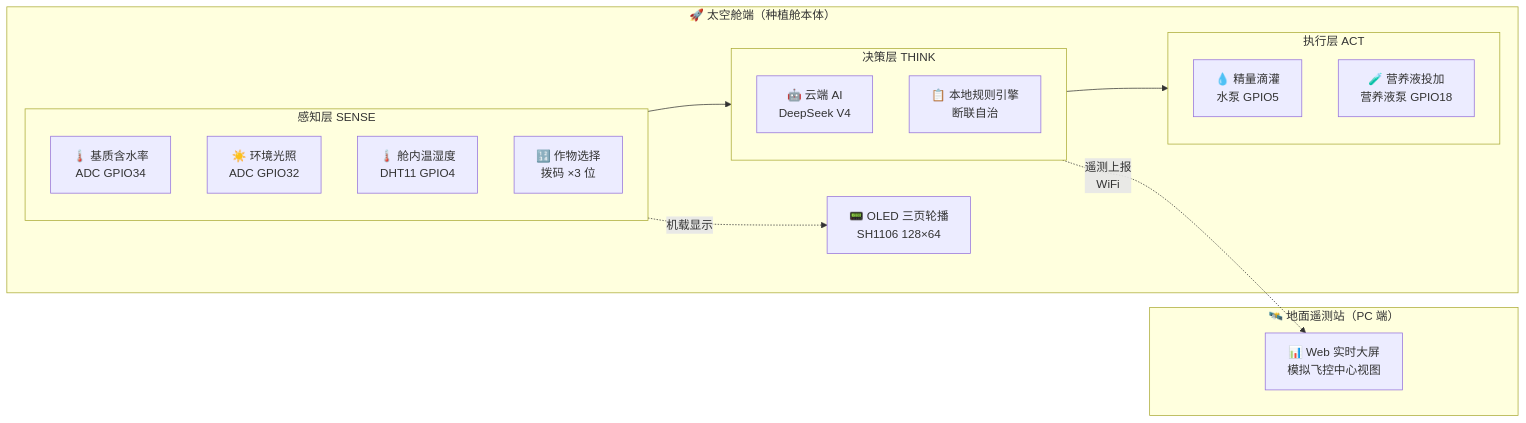
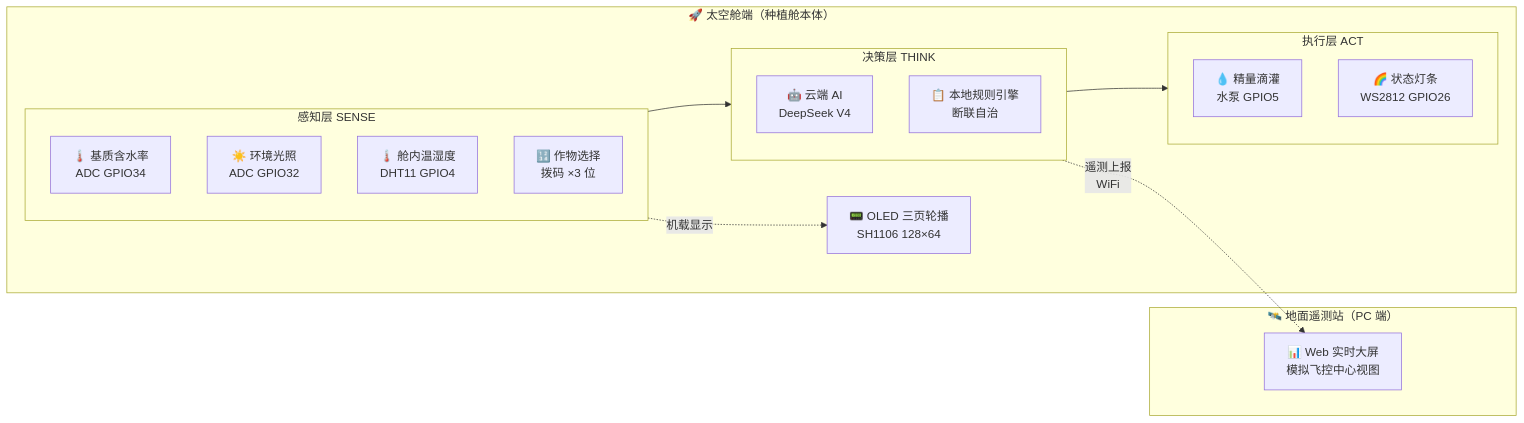
Before and after one commit to Dora321/space-agriculture-capsule: the diagram in README.md, drawn with Mermaid. The commit also changed other lines of this file and 33 other files, not shown here.

````diff
--- a/README.md
+++ b/README.md
@@ -82,31 +82,31 @@
 ```mermaid
 flowchart LR
     subgraph SPACE["🚀 太空舱端（种植舱本体）"]
         subgraph SENSE["感知层 SENSE"]
             Soil["🌡️ 基质含水率<br/>ADC GPIO34"]
             Light["☀️ 环境光照<br/>ADC GPIO32"]
             DHT["🌡️ 舱内温湿度<br/>DHT11 GPIO4"]
             DIP["🔢 作物选择<br/>拨码 ×3 位"]
         end
 
         subgraph THINK["决策层 THINK"]
             AI["🤖 云端 AI<br/>DeepSeek V4"]
             Local["📋 本地规则引擎<br/>断联自治"]
         end
 
         subgraph ACT["执行层 ACT"]
             Pump["💧 精量滴灌<br/>水泵 GPIO5"]
-            Nutrient["🧪 营养液投加<br/>营养液泵 GPIO18"]
+            Strip["🌈 状态灯条<br/>WS2812 GPIO26"]
         end
 
         SENSE --> THINK
         THINK --> ACT
         SENSE -.->|机载显示| OLED["📟 OLED 三页轮播<br/>SH1106 128×64"]
     end
 
     subgraph GROUND["🛰️ 地面遥测站（PC 端）"]
         Web["📊 Web 实时大屏<br/>模拟飞控中心视图"]
     end
 
     THINK -.->|遥测上报<br/>WiFi| Web
 ```
````
